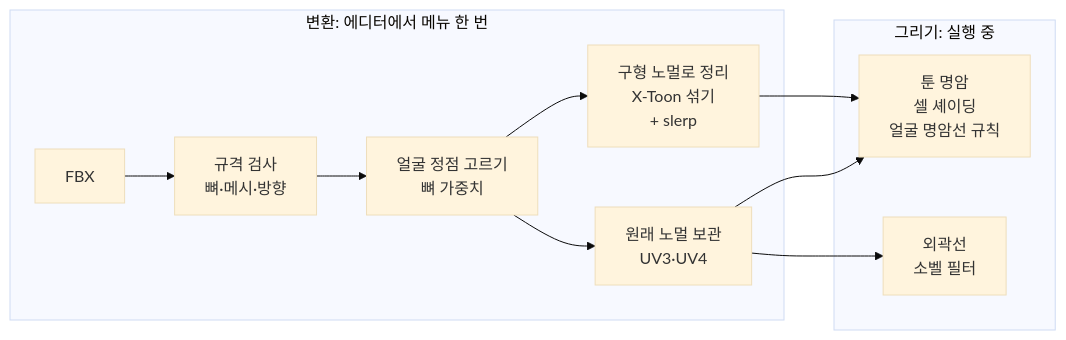
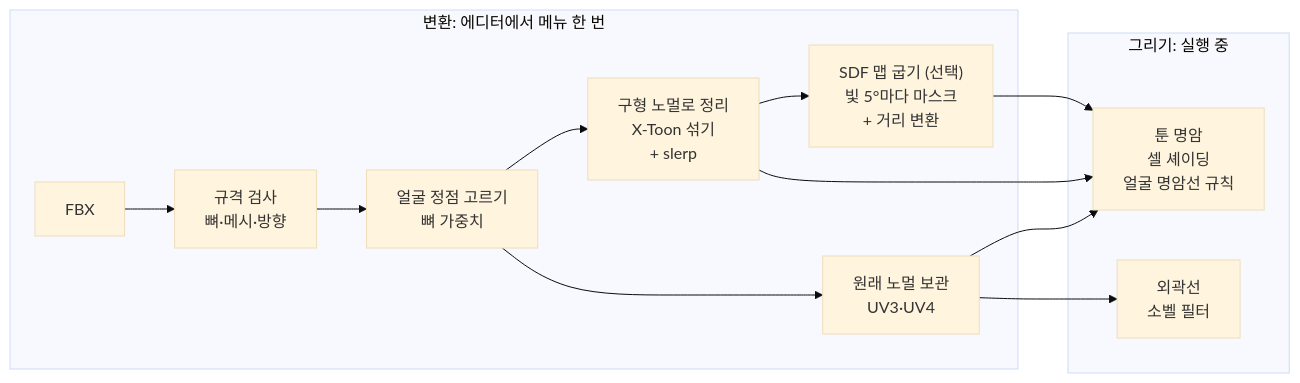
One commit to sonyrainy/MediaProject_FBX2NPR changed the diagram in README.md. Above: the diagram before and after it, drawn with Mermaid (base theme). The commit also changed other lines of this file and 5 other files, not shown here.

````diff
--- a/README.md
+++ b/README.md
@@ -77,16 +144,18 @@
 ```mermaid
 flowchart LR
     subgraph conv["변환: 에디터에서 메뉴 한 번"]
         A["FBX"] --> B["규격 검사<br/>뼈·메시·방향"]
         B --> C["얼굴 정점 고르기<br/>뼈 가중치"]
         C --> D["구형 노멀로 정리<br/>X-Toon 섞기<br/>+ slerp"]
         C --> E["원래 노멀 보관<br/>UV3·UV4"]
+        D --> H["SDF 맵 굽기 (선택)<br/>빛 5°마다 마스크<br/>+ 거리 변환"]
     end
     subgraph draw["그리기: 실행 중"]
         F["툰 명암<br/>셀 셰이딩<br/>얼굴 명암선 규칙"]
         G["외곽선<br/>소벨 필터"]
     end
     D --> F
     E --> F
+    H --> F
     E --> G
 ```
````
